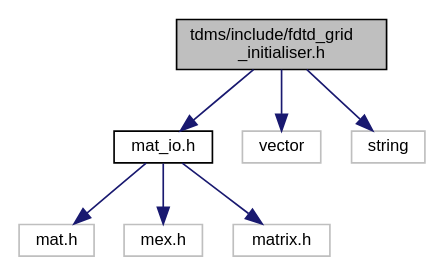
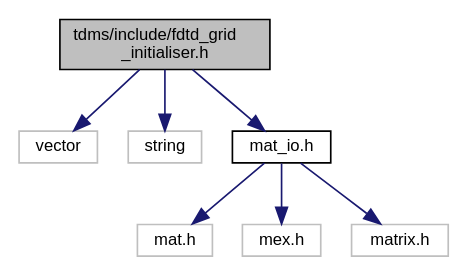
The diagram in fdtd__grid__initialiser_8h__incl.dot (UCL/TDMS), drawn with Graphviz before and after one commit. The commit also changed 145 other files, not shown here.

```diff
--- a/fdtd__grid__initialiser_8h__incl.dot
+++ b/fdtd__grid__initialiser_8h__incl.dot
@@ -1,19 +1,19 @@
 digraph "tdms/include/fdtd_grid_initialiser.h"
 {
  // LATEX_PDF_SIZE
   edge [fontname="Helvetica",fontsize="10",labelfontname="Helvetica",labelfontsize="10"];
   node [fontname="Helvetica",fontsize="10",shape=record];
   Node1 [label="tdms/include/fdtd_grid\l_initialiser.h",height=0.2,width=0.4,color="black", fillcolor="grey75", style="filled", fontcolor="black",tooltip="Initialisation of the FDTD grid."];
   Node1 -> Node2 [color="midnightblue",fontsize="10",style="solid",fontname="Helvetica"];
-  Node2 [label="mat_io.h",height=0.2,width=0.4,color="black", fillcolor="white", style="filled",URL="$mat__io_8h.html",tooltip="Includes MATLAB headers for I/O."];
-  Node2 -> Node3 [color="midnightblue",fontsize="10",style="solid",fontname="Helvetica"];
-  Node3 [label="mat.h",height=0.2,width=0.4,color="grey75", fillcolor="white", style="filled",tooltip=" "];
-  Node2 -> Node4 [color="midnightblue",fontsize="10",style="solid",fontname="Helvetica"];
-  Node4 [label="mex.h",height=0.2,width=0.4,color="grey75", fillcolor="white", style="filled",tooltip=" "];
-  Node2 -> Node5 [color="midnightblue",fontsize="10",style="solid",fontname="Helvetica"];
-  Node5 [label="matrix.h",height=0.2,width=0.4,color="grey75", fillcolor="white", style="filled",tooltip=" "];
-  Node1 -> Node6 [color="midnightblue",fontsize="10",style="solid",fontname="Helvetica"];
-  Node6 [label="vector",height=0.2,width=0.4,color="grey75", fillcolor="white", style="filled",tooltip=" "];
-  Node1 -> Node7 [color="midnightblue",fontsize="10",style="solid",fontname="Helvetica"];
-  Node7 [label="string",height=0.2,width=0.4,color="grey75", fillcolor="white", style="filled",tooltip=" "];
+  Node2 [label="vector",height=0.2,width=0.4,color="grey75", fillcolor="white", style="filled",tooltip=" "];
+  Node1 -> Node3 [color="midnightblue",fontsize="10",style="solid",fontname="Helvetica"];
+  Node3 [label="string",height=0.2,width=0.4,color="grey75", fillcolor="white", style="filled",tooltip=" "];
+  Node1 -> Node4 [color="midnightblue",fontsize="10",style="solid",fontname="Helvetica"];
+  Node4 [label="mat_io.h",height=0.2,width=0.4,color="black", fillcolor="white", style="filled",URL="$mat__io_8h.html",tooltip="Includes MATLAB headers for I/O."];
+  Node4 -> Node5 [color="midnightblue",fontsize="10",style="solid",fontname="Helvetica"];
+  Node5 [label="mat.h",height=0.2,width=0.4,color="grey75", fillcolor="white", style="filled",tooltip=" "];
+  Node4 -> Node6 [color="midnightblue",fontsize="10",style="solid",fontname="Helvetica"];
+  Node6 [label="mex.h",height=0.2,width=0.4,color="grey75", fillcolor="white", style="filled",tooltip=" "];
+  Node4 -> Node7 [color="midnightblue",fontsize="10",style="solid",fontname="Helvetica"];
+  Node7 [label="matrix.h",height=0.2,width=0.4,color="grey75", fillcolor="white", style="filled",tooltip=" "];
 }
```
